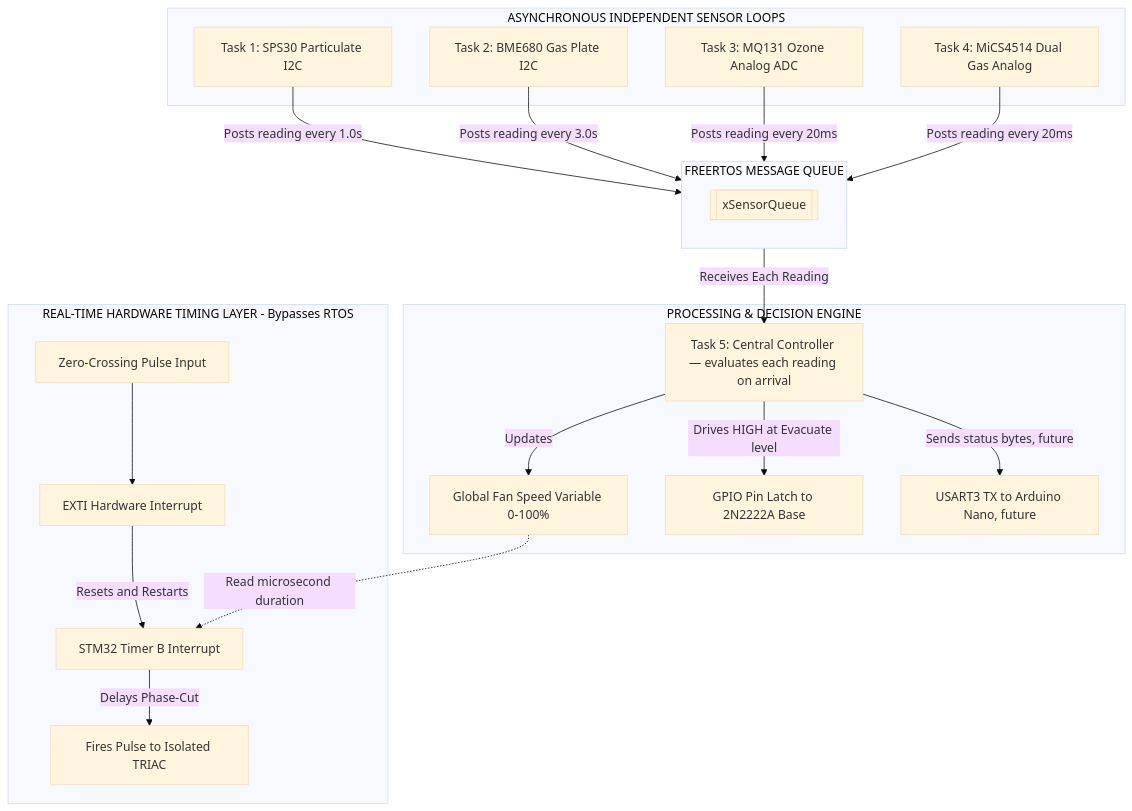
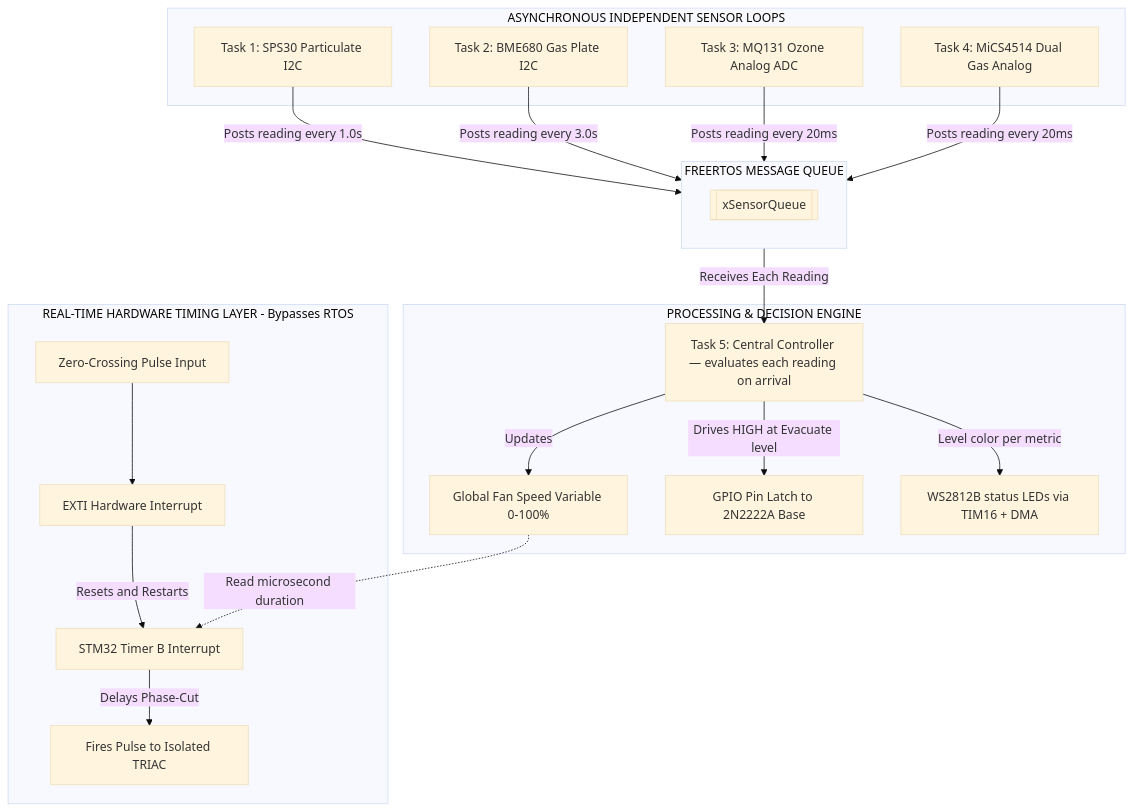
Before and after one commit to yuvalkuck/clearair: the fourth of 7 diagrams in README.md, drawn with Mermaid (base theme). The commit also changed other lines of this file and 24 other files, not shown here.

````diff
--- a/README.md
+++ b/README.md
@@ -271,50 +272,50 @@
 ```mermaid
 graph TD
     %% Asynchronous Inputs
     subgraph Loops [ASYNCHRONOUS INDEPENDENT SENSOR LOOPS]
         T1[Task 1: SPS30 Particulate I2C]
         T2[Task 2: BME680 Gas Plate I2C]
         T3[Task 3: MQ131 Ozone Analog ADC]
         T4[Task 4: MiCS4514 Dual Gas Analog]
     end
 
     %% Central Message Queue
     subgraph Buffer [FREERTOS MESSAGE QUEUE]
         direction TB
         Queue[[xSensorQueue]]
     end
 
     %% Sync / Control Layer
     subgraph Decision [PROCESSING & DECISION ENGINE]
         T5[Task 5: Central Controller — evaluates each reading on arrival]
         FanSpeed[Global Fan Speed Variable 0-100%]
         BuzzerPin[GPIO Pin Latch to 2N2222A Base]
-        USART3_Out[USART3 TX to Arduino Nano, future]
+        LED_Out[WS2812B status LEDs via TIM16 + DMA]
     end
 
     %% Hardware Real-Time Layer
     subgraph ISR_Layer [REAL-TIME HARDWARE TIMING LAYER - Bypasses RTOS]
         ZC_Pulse[Zero-Crossing Pulse Input]
         EXTI_ISR[EXTI Hardware Interrupt]
         Timer_ISR[STM32 Timer B Interrupt]
         TRIAC_Gate[Fires Pulse to Isolated TRIAC]
     end
 
     %% Async Data flow
     T1 -->|Posts reading every 1.0s| Queue
     T2 -->|Posts reading every 3.0s| Queue
     T3 -->|Posts reading every 20ms| Queue
     T4 -->|Posts reading every 20ms| Queue
 
     %% Central Decision flow
     Queue -->|Receives Each Reading| T5
     T5 -->|Updates| FanSpeed
     T5 -->|Drives HIGH at Evacuate level| BuzzerPin
-    T5 -->|Sends status bytes, future| USART3_Out
+    T5 -->|Level color per metric| LED_Out
 
     %% Precise Timing Hardware Loop
     ZC_Pulse --> EXTI_ISR
     EXTI_ISR -->|Resets and Restarts| Timer_ISR
     FanSpeed -.->|Read microsecond duration| Timer_ISR
     Timer_ISR -->|Delays Phase-Cut| TRIAC_Gate
 ```
````
